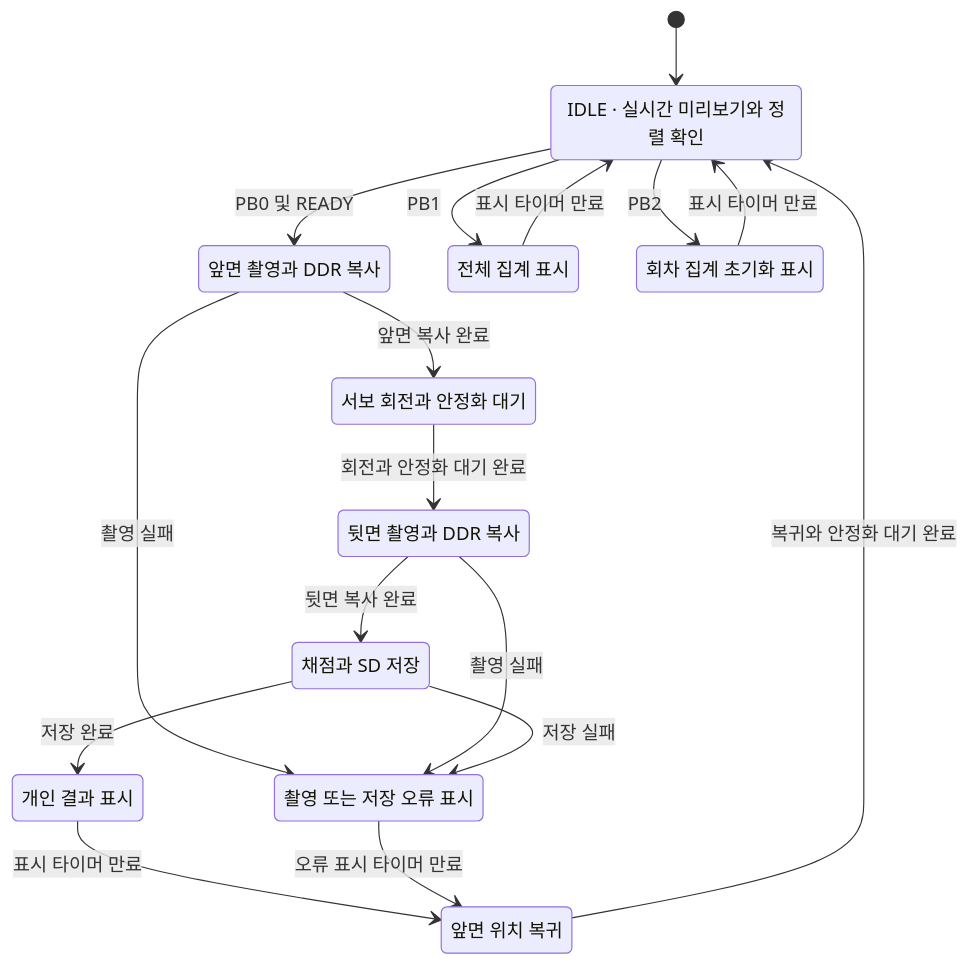
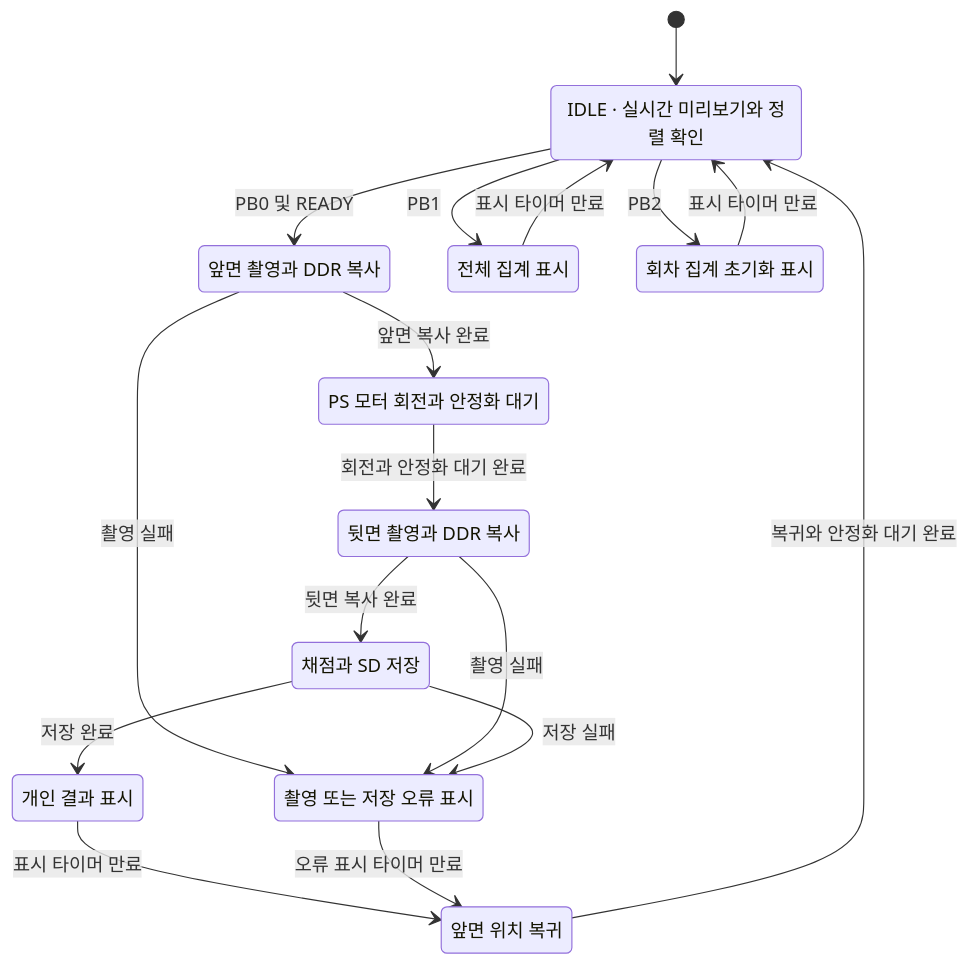
Before and after one commit to yumyum1215/26SoC_Term_Project_OMR_Reader: the second of 2 diagrams in docs/system-architecture.md, drawn with Mermaid. The commit also changed other lines of this file, not shown here.

````diff
--- a/docs/system-architecture.md
+++ b/docs/system-architecture.md
@@ -79,30 +88,30 @@
 ```mermaid
 stateDiagram-v2
     [*] --> Idle
     state "IDLE · 실시간 미리보기와 정렬 확인" as Idle
     state "앞면 촬영과 DDR 복사" as Front
-    state "서보 회전과 안정화 대기" as Flip
+    state "PS 모터 회전과 안정화 대기" as Flip
     state "뒷면 촬영과 DDR 복사" as Back
     state "채점과 SD 저장" as Grade
     state "개인 결과 표시" as Result
     state "앞면 위치 복귀" as Home
     state "전체 집계 표시" as Summary
     state "회차 집계 초기화 표시" as Clear
     state "촬영 또는 저장 오류 표시" as Error
 
     Idle --> Front: PB0 및 READY
     Front --> Flip: 앞면 복사 완료
     Flip --> Back: 회전과 안정화 대기 완료
     Back --> Grade: 뒷면 복사 완료
     Grade --> Result: 저장 완료
     Result --> Home: 표시 타이머 만료
     Home --> Idle: 복귀와 안정화 대기 완료
     Idle --> Summary: PB1
     Summary --> Idle: 표시 타이머 만료
     Idle --> Clear: PB2
     Clear --> Idle: 표시 타이머 만료
     Front --> Error: 촬영 실패
     Back --> Error: 촬영 실패
     Grade --> Error: 저장 실패
     Error --> Home: 오류 표시 타이머 만료
 ```
````
